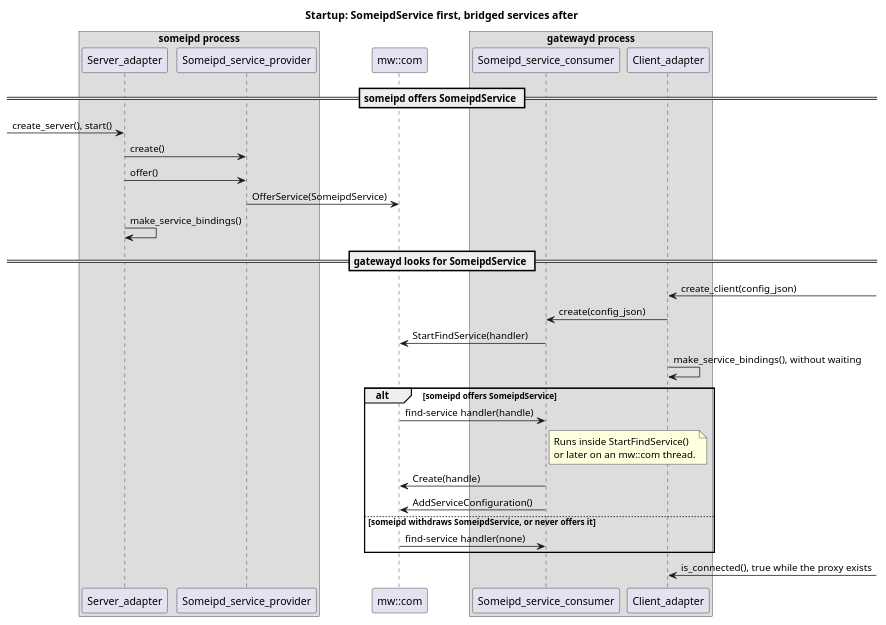
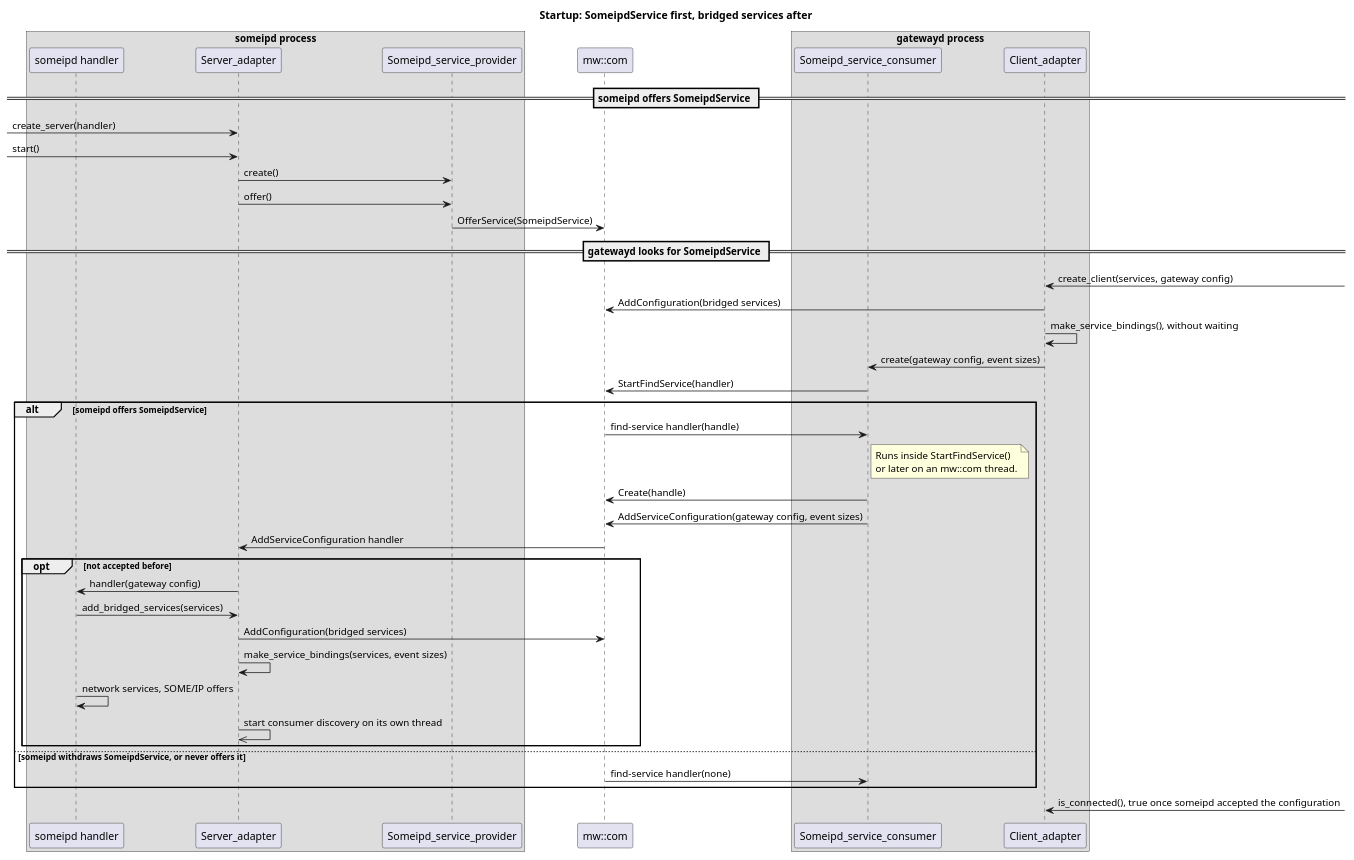
One commit to eclipse-score/inc_someip_gateway changed the diagram in score/gateway_ipc_binding/docs/models/mw_com_startup.puml. Above: the diagram before and after it, drawn with PlantUML. The commit also changed 17 other files, not shown here.

Commit message:
send each gatewayd's configuration and event sizes in AddServiceConfiguration because someipd should build its bridged services from them

```diff
--- a/score/gateway_ipc_binding/docs/models/mw_com_startup.puml
+++ b/score/gateway_ipc_binding/docs/models/mw_com_startup.puml
@@ -14,36 +14,47 @@
 @startuml mw_com_startup_someipd_gatewayd
 title Startup: SomeipdService first, bridged services after
 
 box "someipd process"
+participant "someipd handler" as handler
 participant "Server_adapter" as server
 participant "Someipd_service_provider" as sdsvc_provider
 end box
 participant "mw::com" as mwcom
 box "gatewayd process"
 participant "Someipd_service_consumer" as sdsvc_consumer
 participant "Client_adapter" as client
 end box
 
 == someipd offers SomeipdService ==
-[-> server : create_server(), start()
+[-> server : create_server(handler)
+[-> server : start()
 server -> sdsvc_provider : create()
 server -> sdsvc_provider : offer()
 sdsvc_provider -> mwcom : OfferService(SomeipdService)
-server -> server : make_service_bindings()
 
 == gatewayd looks for SomeipdService ==
-client <-] : create_client(config_json)
-client -> sdsvc_consumer : create(config_json)
+client <-] : create_client(services, gateway config)
+client -> mwcom : AddConfiguration(bridged services)
+client -> client : make_service_bindings(), without waiting
+client -> sdsvc_consumer : create(gateway config, event sizes)
 sdsvc_consumer -> mwcom : StartFindService(handler)
-client -> client : make_service_bindings(), without waiting
 
 alt someipd offers SomeipdService
   mwcom -> sdsvc_consumer : find-service handler(handle)
   note right of sdsvc_consumer : Runs inside StartFindService()\nor later on an mw::com thread.
   sdsvc_consumer -> mwcom : Create(handle)
-  sdsvc_consumer -> mwcom : AddServiceConfiguration()
+  sdsvc_consumer -> mwcom : AddServiceConfiguration(gateway config, event sizes)
+  mwcom -> server : AddServiceConfiguration handler
+  opt not accepted before
+    server -> handler : handler(gateway config)
+    handler -> server : add_bridged_services(services)
+    server -> mwcom : AddConfiguration(bridged services)
+    server -> server : make_service_bindings(services, event sizes)
+    handler -> handler : network services, SOME/IP offers
+    server ->> server : start consumer discovery on its own thread
+  end
 else someipd withdraws SomeipdService, or never offers it
   mwcom -> sdsvc_consumer : find-service handler(none)
 end
-client <-] : is_connected(), true while the proxy exists
+client <-] : is_connected(), true once someipd accepted the configuration
 @enduml
```
